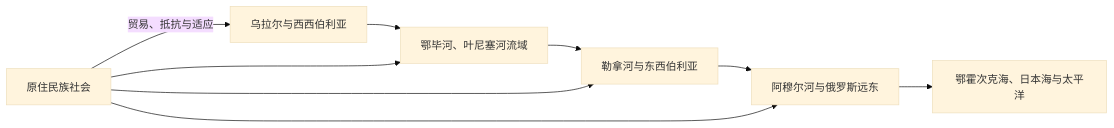
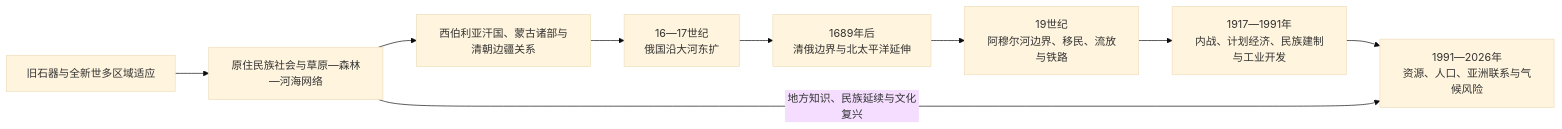
The diagram in 人文科学/历史/北亚/西伯利亚与俄罗斯远东/README.md (tianlan-dev/learning-notes), drawn with Mermaid (base theme) before and after one commit. The commit also changed other lines of this file and 1417 other files, not shown here.

````diff
--- a/人文科学/历史/北亚/西伯利亚与俄罗斯远东/README.md
+++ b/人文科学/历史/北亚/西伯利亚与俄罗斯远东/README.md
@@ -14,11 +15,11 @@
 ```mermaid
 flowchart LR
-    Urals["乌拉尔与西西伯利亚"] --> ObYenisei["鄂毕河、叶尼塞河流域"]
-    ObYenisei --> Lena["勒拿河与东西伯利亚"]
-    Lena --> Amur["阿穆尔河与俄罗斯远东"]
-    Amur --> Pacific["鄂霍次克海、日本海与太平洋"]
-    Indigenous["原住民族社会"] -->|贸易、抵抗与适应| Urals
-    Indigenous --> ObYenisei
-    Indigenous --> Lena
-    Indigenous --> Amur
+    A["旧石器与全新世多区域适应"] --> B["原住民族社会与草原—森林—河海网络"]
+    B --> C["西伯利亚汗国、蒙古诸部与清朝边疆关系"]
+    C --> D["16—17世纪<br/>俄国沿大河东扩"]
+    D --> E["1689年后<br/>清俄边界与北太平洋延伸"]
+    E --> F["19世纪<br/>阿穆尔河边界、移民、流放与铁路"]
+    F --> G["1917—1991年<br/>内战、计划经济、民族建制与工业开发"]
+    G --> H["1991—2026年<br/>资源、人口、亚洲联系与气候风险"]
+    B -->|地方知识、民族延续与文化复兴| H
 ```
````
